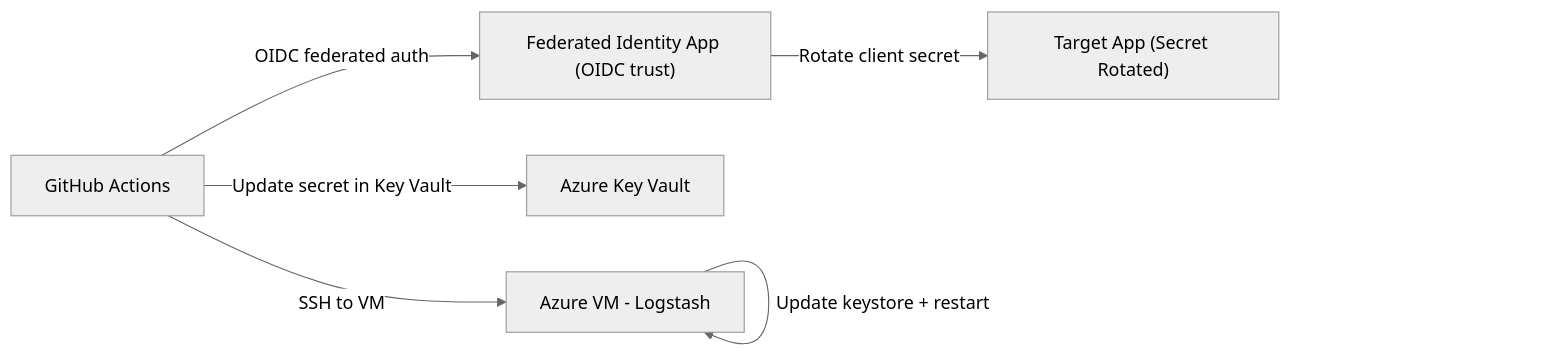
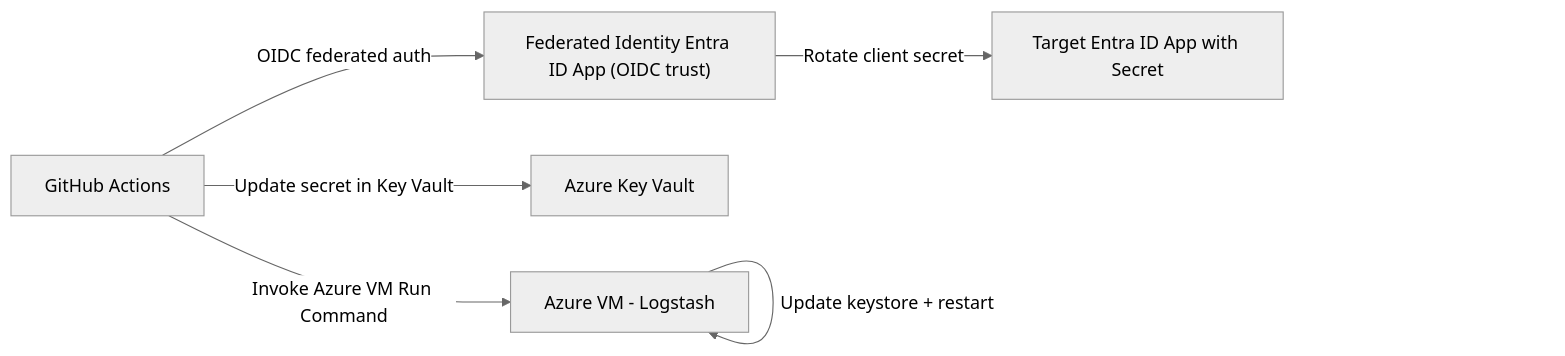
The diagram in README.md (ivz89/Secret-Rotator), drawn with Mermaid (neutral theme) before and after one commit.

````diff
--- a/README.md
+++ b/README.md
@@ -10,14 +10,14 @@
 ```mermaid
 flowchart LR
     GA["GitHub Actions"]
-    FED["Federated Identity App (OIDC trust)"]
-    TARGET["Target App (Secret Rotated)"]
+    FED["Federated Identity Entra ID App (OIDC trust)"]
+    TARGET["Target Entra ID App with Secret"]
     KV["Azure Key Vault"]
     VM["Azure VM - Logstash"]
 
     GA -->|OIDC federated auth| FED
     FED -->|Rotate client secret| TARGET
     GA -->|Update secret in Key Vault| KV
-    GA -->|SSH to VM| VM
+    GA -->|Invoke Azure VM Run Command| VM
     VM -->|Update keystore + restart| VM
 ```
````
